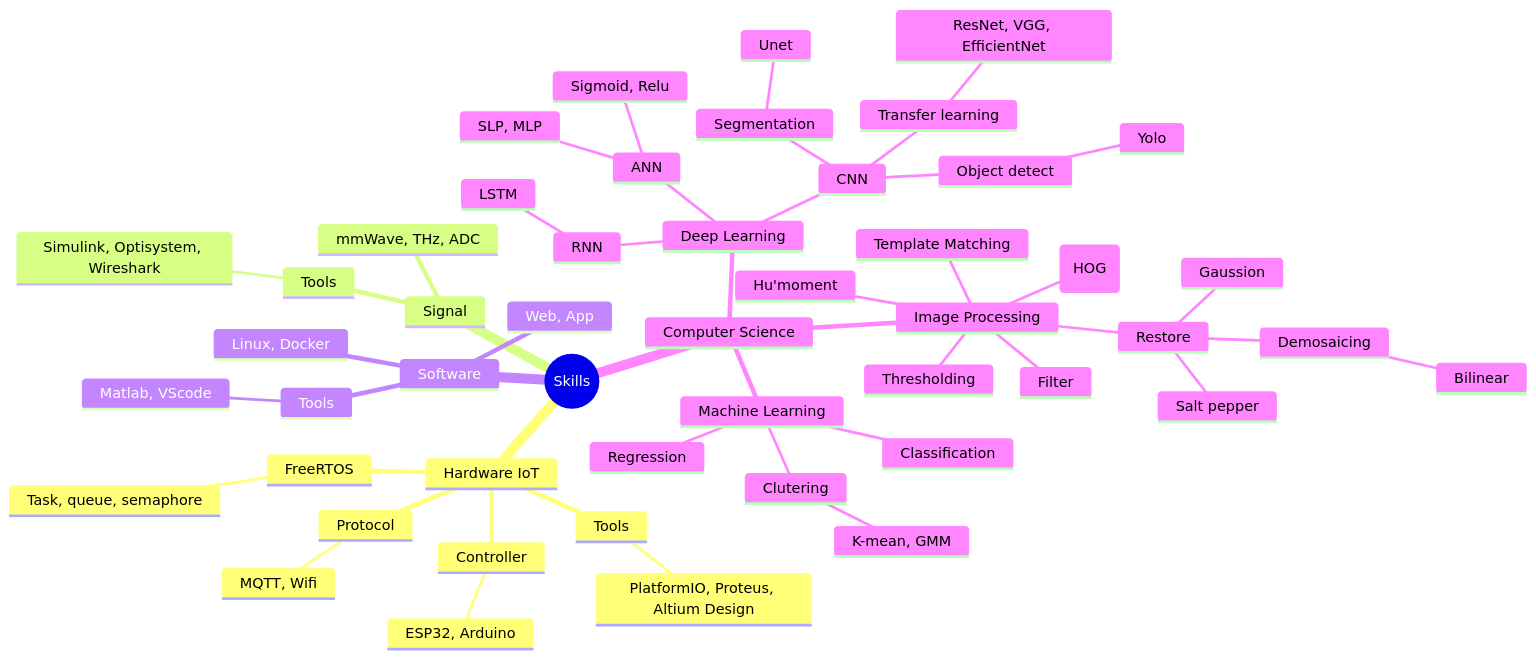
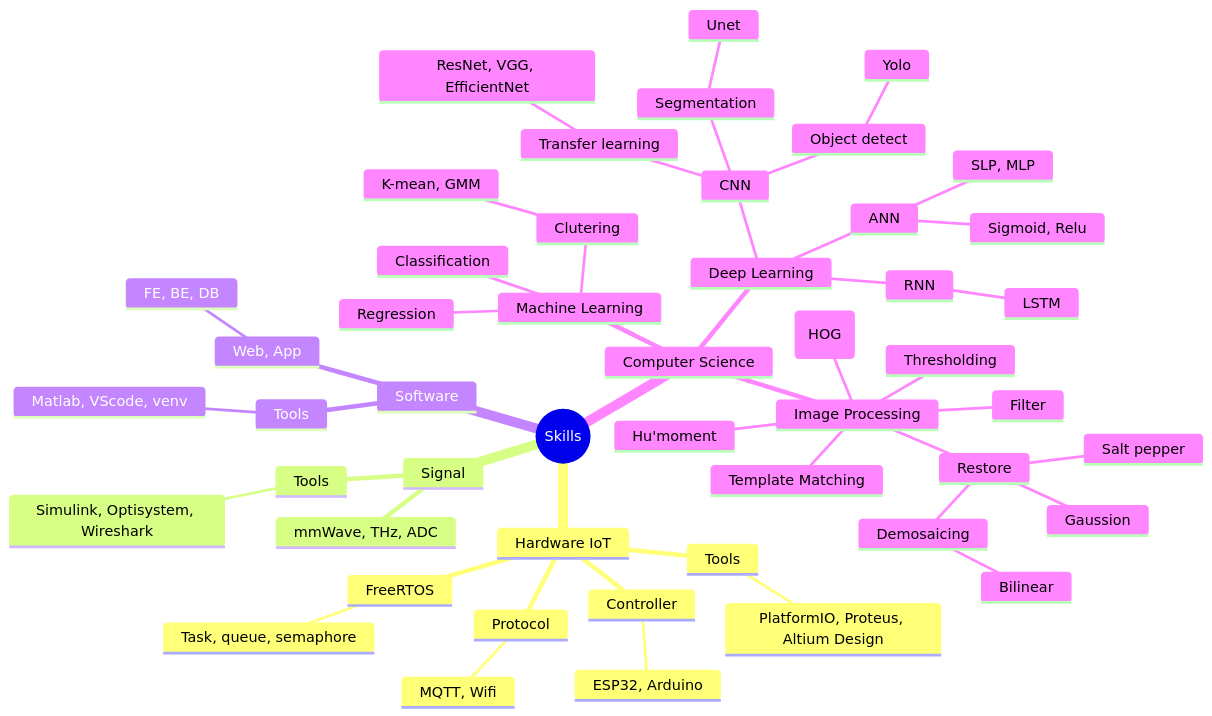
One commit to bathanh0309/bathanh0309 changed the diagram in README.md. Above: the diagram before and after it, drawn with Mermaid.

````diff
--- a/README.md
+++ b/README.md
@@ -140,52 +140,52 @@
 ```mermaid
 mindmap
   root((Skills))
     Hardware IoT
       Protocol
         MQTT, Wifi
       Controller
         ESP32, Arduino
       FreeRTOS
         Task, queue, semaphore
       Tools
         PlatformIO, Proteus, Altium Design
     Signal
       mmWave, THz, ADC
       Tools
         Simulink, Optisystem, Wireshark
     Software
       Tools
-        Matlab, VScode
-      Linux, Docker
+        Matlab, VScode, venv
       Web, App
+        FE, BE, DB
     Computer Science
       Machine Learning
         Classification
         Regression
         Clutering
           K-mean, GMM
       Deep Learning
         ANN
           SLP, MLP
           Sigmoid, Relu
         CNN
           Segmentation
             Unet
           Object detect
             Yolo
           Transfer learning
             ResNet, VGG, EfficientNet
         RNN
           LSTM
       Image Processing
         Histogram (HOG)
         Hu'moment
         Thresholding
         Template Matching
         Filter
         Restore
           Gaussion
           Salt pepper
           Demosaicing
             Bilinear
 ```
````
